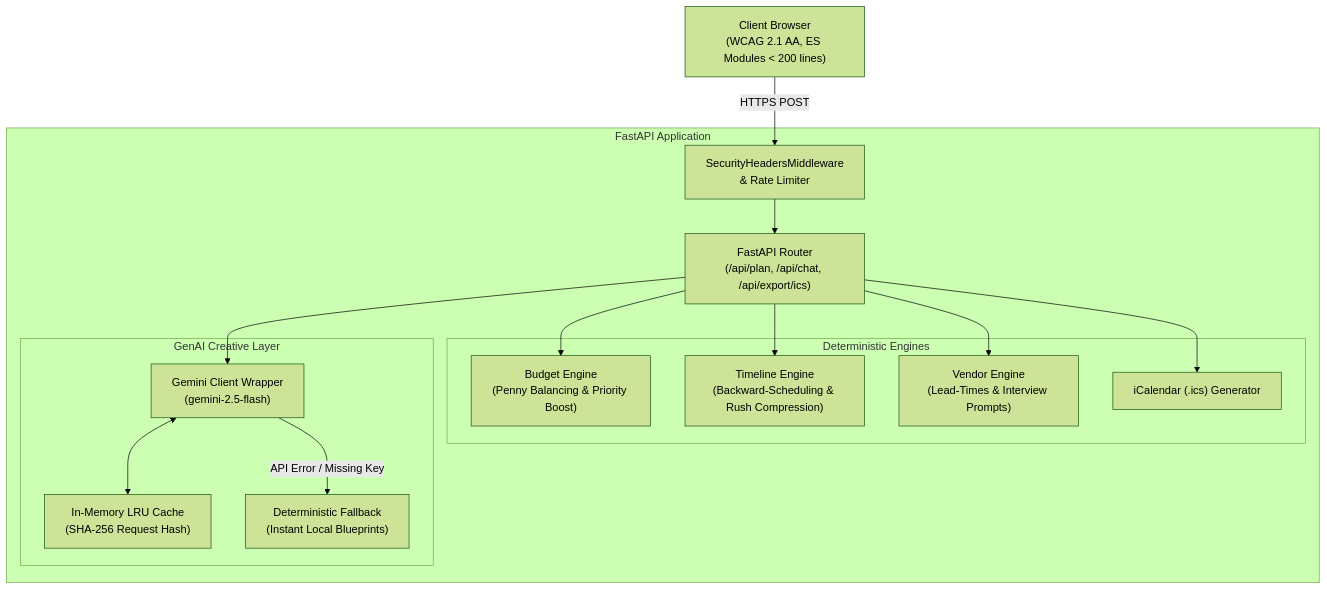
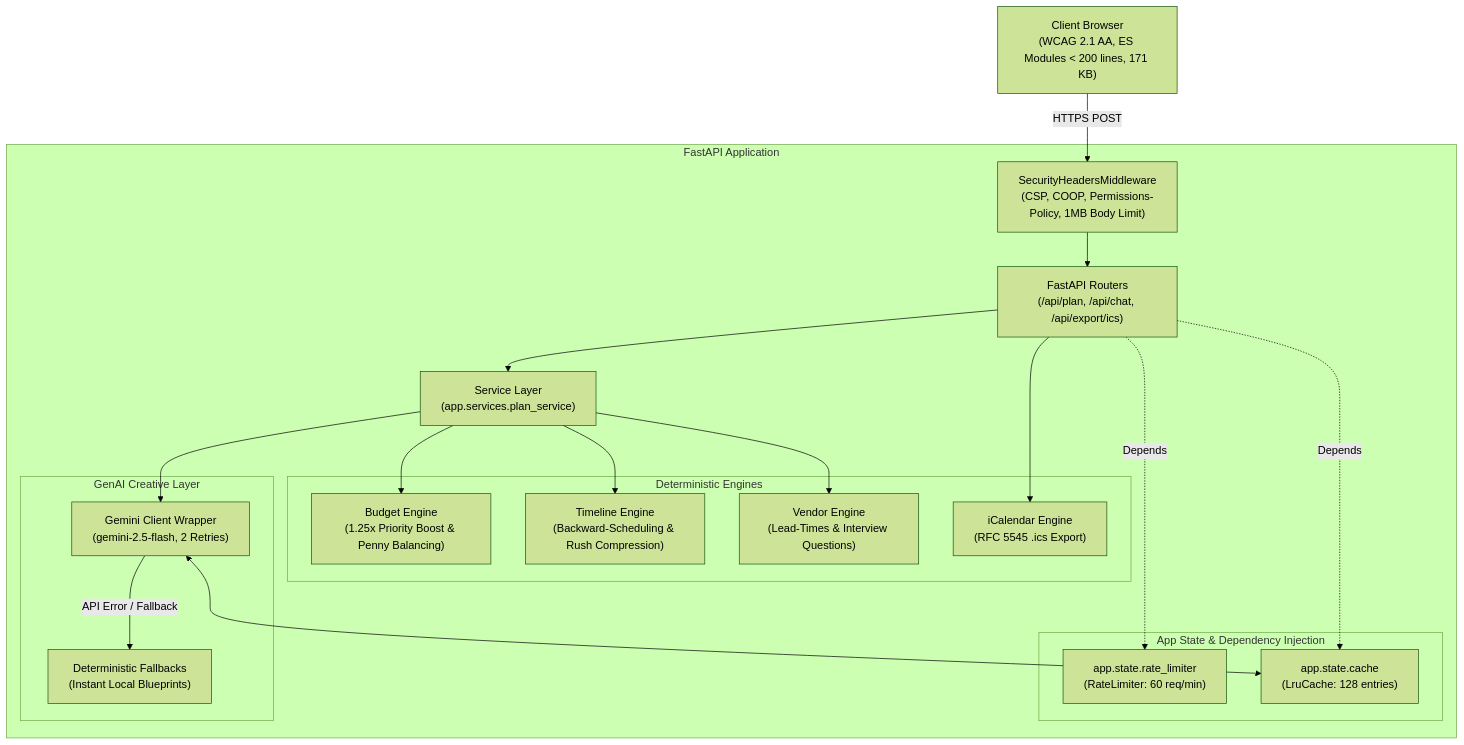
Before and after one commit to Dhinakarg/EventCraft: the first of 2 diagrams in ARCHITECTURE.md, drawn with Mermaid (forest theme). The commit also changed other lines of this file and 1 other file, not shown here.

Commit message:
docs: synchronize README and ARCHITECTURE with active services layer, measured metrics, and schema

````diff
--- a/ARCHITECTURE.md
+++ b/ARCHITECTURE.md
@@ -13,32 +13,41 @@
 ```mermaid
 graph TD
-    Client["Client Browser<br/>(WCAG 2.1 AA, ES Modules &lt; 200 lines)"]
+    Client["Client Browser<br/>(WCAG 2.1 AA, ES Modules &lt; 200 lines, 171 KB)"]
     
     subgraph FastAPI Application
-        SecMid["SecurityHeadersMiddleware<br/>&amp; Rate Limiter"]
-        Router["FastAPI Router<br/>(/api/plan, /api/chat, /api/export/ics)"]
+        SecMid["SecurityHeadersMiddleware<br/>(CSP, COOP, Permissions-Policy, 1MB Body Limit)"]
+        
+        subgraph App State & Dependency Injection
+            StateLimiter["app.state.rate_limiter<br/>(RateLimiter: 60 req/min)"]
+            StateCache["app.state.cache<br/>(LruCache: 128 entries)"]
+        end
+        
+        Router["FastAPI Routers<br/>(/api/plan, /api/chat, /api/export/ics)"]
+        Service["Service Layer<br/>(app.services.plan_service)"]
         
         subgraph Deterministic Engines
-            BudgetEng["Budget Engine<br/>(Penny Balancing &amp; Priority Boost)"]
+            BudgetEng["Budget Engine<br/>(1.25x Priority Boost &amp; Penny Balancing)"]
             TimeEng["Timeline Engine<br/>(Backward-Scheduling &amp; Rush Compression)"]
-            VendorEng["Vendor Engine<br/>(Lead-Times &amp; Interview Prompts)"]
-            ICSEng["iCalendar (.ics) Generator"]
+            VendorEng["Vendor Engine<br/>(Lead-Times &amp; Interview Questions)"]
+            ICSEng["iCalendar Engine<br/>(RFC 5545 .ics Export)"]
         end
         
         subgraph GenAI Creative Layer
-            GeminiClient["Gemini Client Wrapper<br/>(gemini-2.5-flash)"]
-            LRUCache["In-Memory LRU Cache<br/>(SHA-256 Request Hash)"]
-            FallbackBlueprints["Deterministic Fallback<br/>(Instant Local Blueprints)"]
+            GeminiClient["Gemini Client Wrapper<br/>(gemini-2.5-flash, 2 Retries)"]
+            FallbackBlueprints["Deterministic Fallbacks<br/>(Instant Local Blueprints)"]
         end
     end
 
     Client -->|HTTPS POST| SecMid
     SecMid --> Router
-    Router --> BudgetEng
-    Router --> TimeEng
-    Router --> VendorEng
-    Router --> GeminiClient
+    Router -.->|Depends| StateLimiter
+    Router -.->|Depends| StateCache
+    Router --> Service
+    Service --> BudgetEng
+    Service --> TimeEng
+    Service --> VendorEng
+    Service --> GeminiClient
     Router --> ICSEng
-    GeminiClient <--> LRUCache
-    GeminiClient -->|API Error / Missing Key| FallbackBlueprints
+    GeminiClient <--> StateCache
+    GeminiClient -->|API Error / Fallback| FallbackBlueprints
 ```
````
